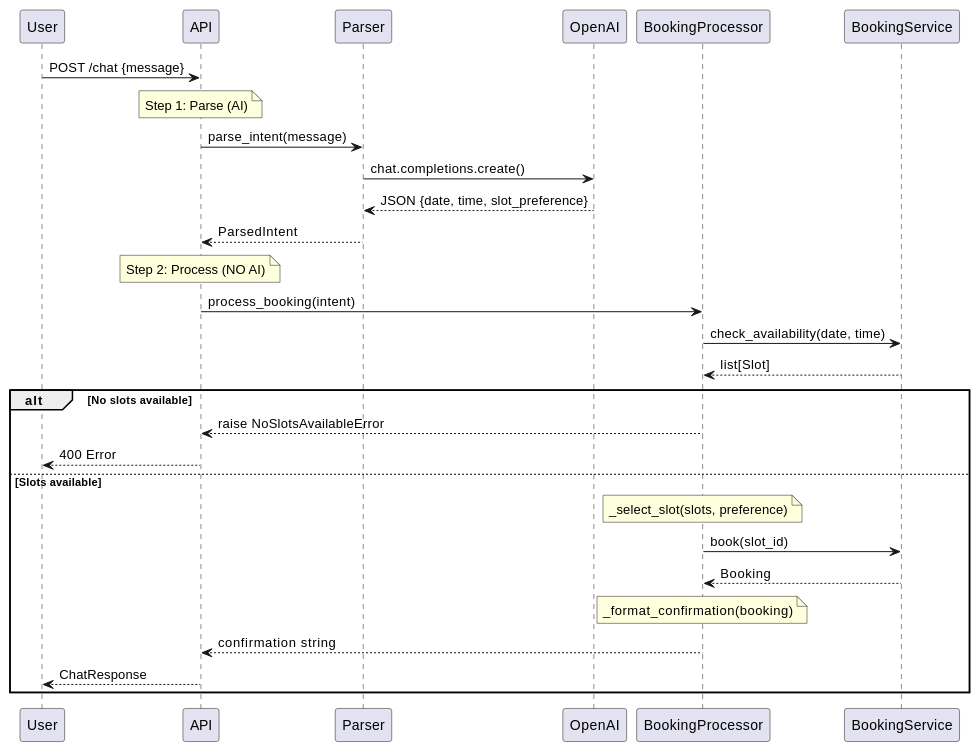
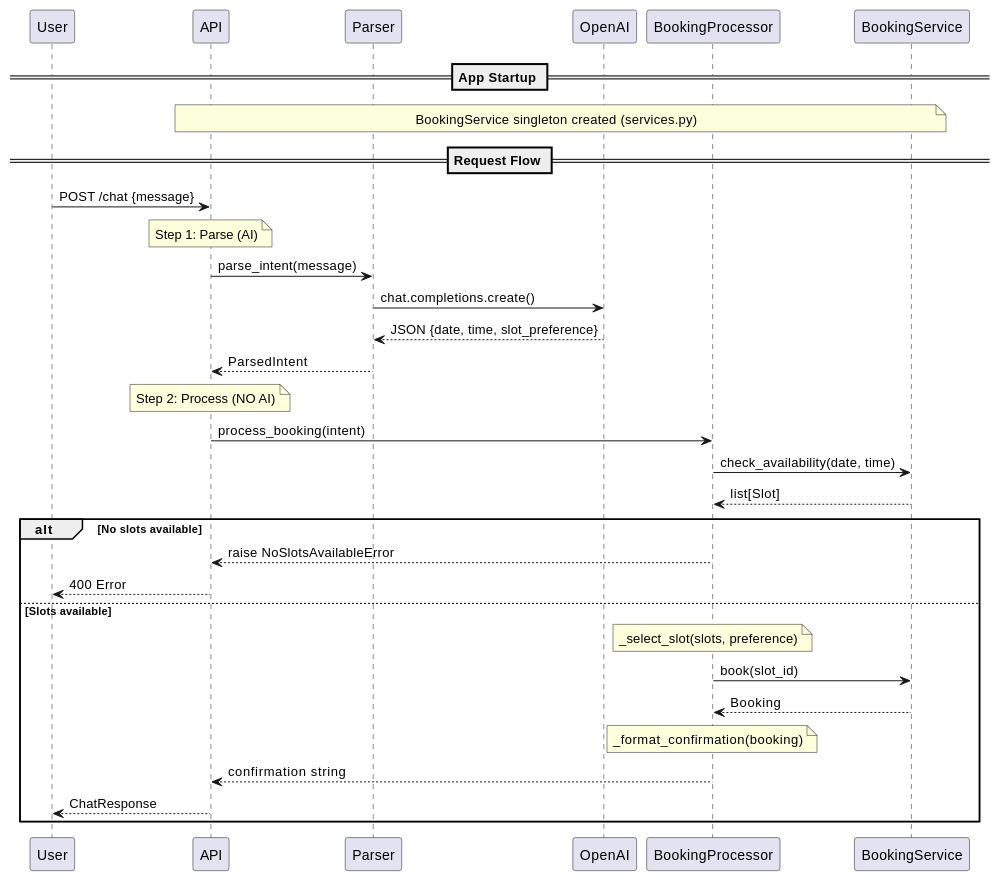
One commit to mossgreen/ai-orchestration-patterns changed the diagram in pattern-a-ai-as-service/sequence.md. Above: the diagram before and after it, drawn with PlantUML. The commit also changed other lines of this file and 5 other files, not shown here.

````diff
--- a/pattern-a-ai-as-service/sequence.md
+++ b/pattern-a-ai-as-service/sequence.md
@@ -25,35 +26,39 @@
 ```plantuml
 @startuml
 participant "User" as U
 participant "API" as A
 participant "Parser" as P
 participant "OpenAI" as O
 participant "BookingProcessor" as B
 participant "BookingService" as S
 
+== App Startup ==
+note over A,S: BookingService singleton created (services.py)
+
+== Request Flow ==
 U -> A: POST /chat {message}
 
 note over A: Step 1: Parse (AI)
 A -> P: parse_intent(message)
 P -> O: chat.completions.create()
 O --> P: JSON {date, time, slot_preference}
 P --> A: ParsedIntent
 
 note over A: Step 2: Process (NO AI)
 A -> B: process_booking(intent)
 B -> S: check_availability(date, time)
 S --> B: list[Slot]
 
 alt No slots available
     B --> A: raise NoSlotsAvailableError
     A --> U: 400 Error
 else Slots available
     note over B: _select_slot(slots, preference)
     B -> S: book(slot_id)
     S --> B: Booking
     note over B: _format_confirmation(booking)
     B --> A: confirmation string
     A --> U: ChatResponse
 end
 @enduml
 ```
````
